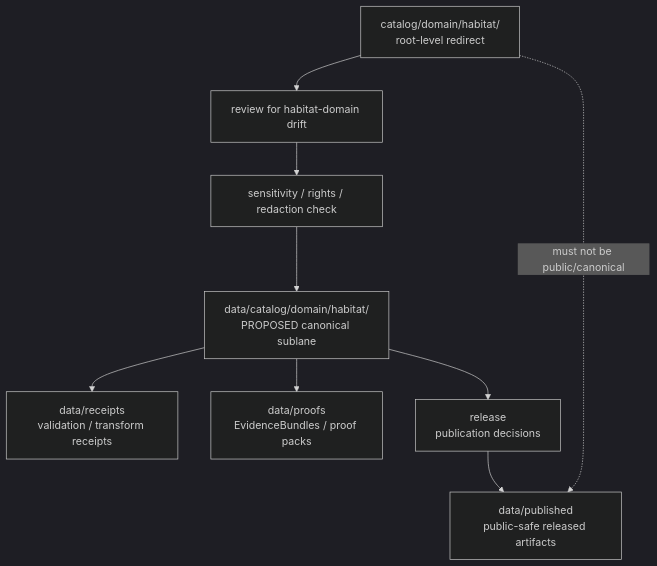
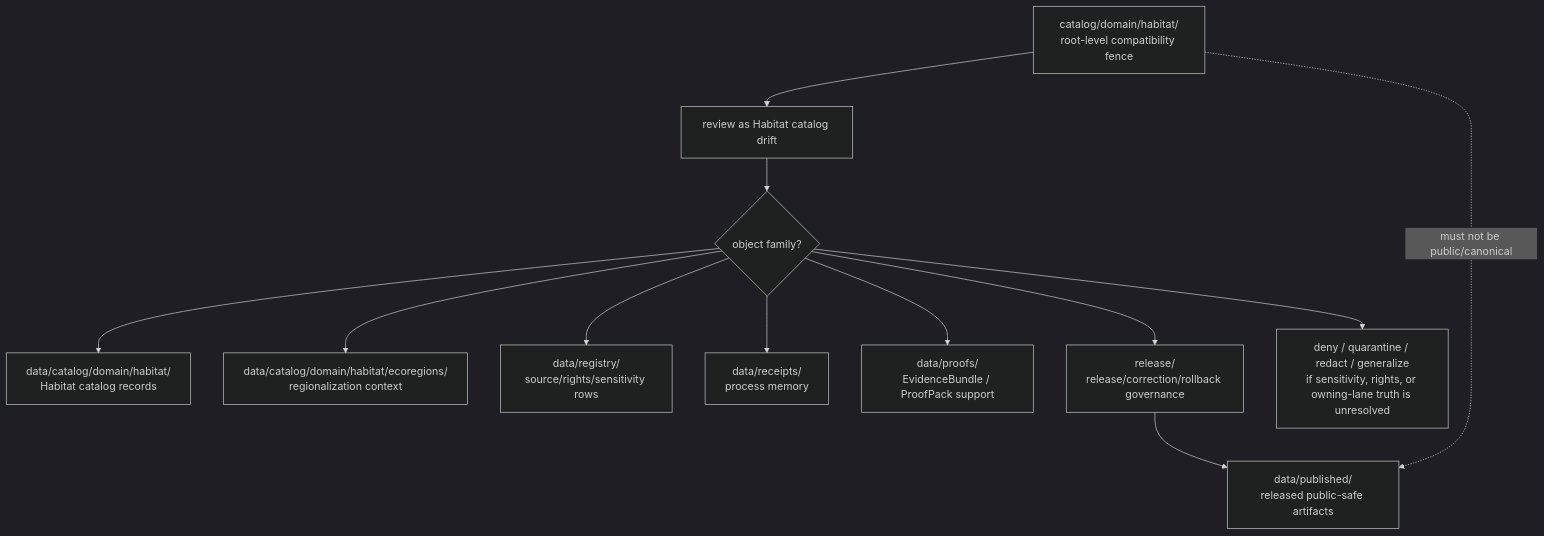
The diagram in catalog/domain/habitat/README.md (bartytime4life/Kansas-Frontier-Matrix), drawn with Mermaid (dark theme) before and after one commit. The commit also changed other lines of this file, not shown here.

Commit message:
docs: update habitat domain catalog redirect README

````diff
--- a/catalog/domain/habitat/README.md
+++ b/catalog/domain/habitat/README.md
@@ -160,11 +372,14 @@
 ```mermaid
 flowchart TD
-    wrong["catalog/domain/habitat/\nroot-level redirect"] --> review["review for habitat-domain drift"]
-    review --> sensitivity["sensitivity / rights / redaction check"]
-    sensitivity --> canonical["data/catalog/domain/habitat/\nPROPOSED canonical sublane"]
-    canonical --> receipts["data/receipts\nvalidation / transform receipts"]
-    canonical --> proofs["data/proofs\nEvidenceBundles / proof packs"]
-    canonical --> release["release\npublication decisions"]
-    release --> published["data/published\npublic-safe released artifacts"]
+    wrong["catalog/domain/habitat/<br/>root-level compatibility fence"] --> review["review as Habitat catalog drift"]
+    review --> classify{"object family?"}
+    classify --> habitat["data/catalog/domain/habitat/<br/>Habitat catalog records"]
+    classify --> eco["data/catalog/domain/habitat/ecoregions/<br/>regionalization context"]
+    classify --> registry["data/registry/<br/>source/rights/sensitivity rows"]
+    classify --> receipts["data/receipts/<br/>process memory"]
+    classify --> proofs["data/proofs/<br/>EvidenceBundle / ProofPack support"]
+    classify --> release["release/<br/>release/correction/rollback governance"]
+    release --> published["data/published/<br/>released public-safe artifacts"]
+    classify --> deny["deny / quarantine / redact / generalize<br/>if sensitivity, rights, or owning-lane truth is unresolved"]
     wrong -. "must not be public/canonical" .-> published
 ```
````
